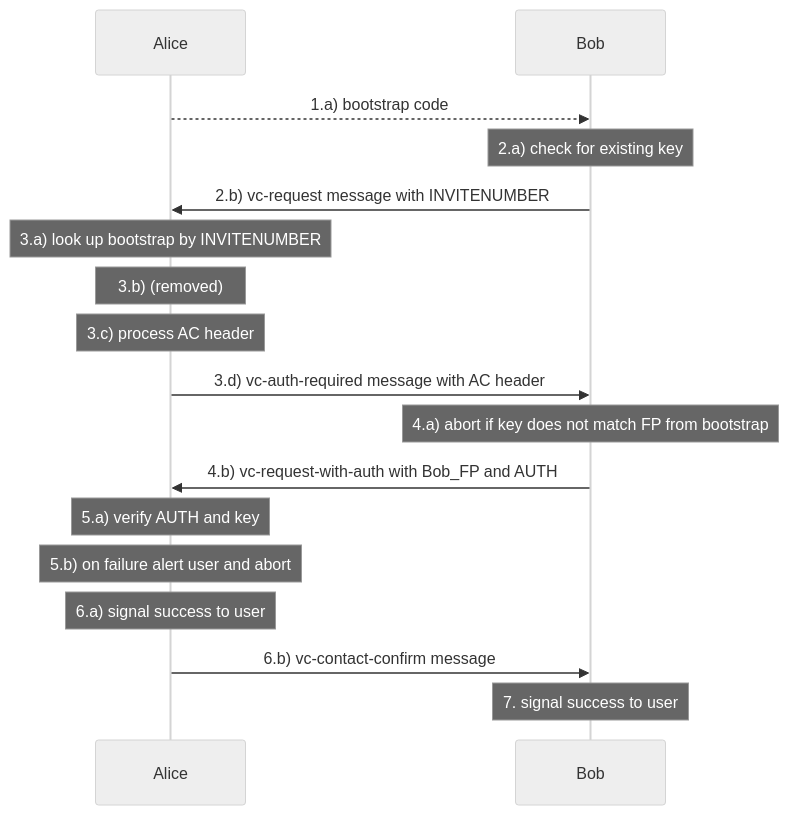
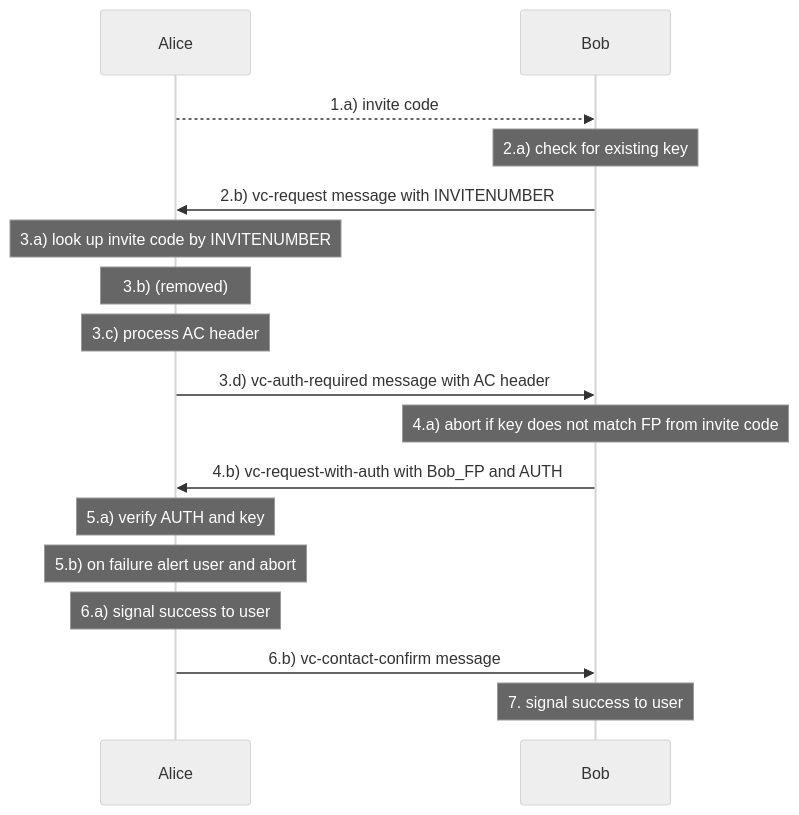
Before and after one commit to deltachat/securejoin: the diagram in source/new.rst, drawn with Mermaid (neutral theme). The commit also changed other lines of this file and 1 other file, not shown here.

Commit message:
- rewrite "attack model and terminology" section - use 'invite code' instead of 'bootstrap' code throughout the doc

```diff
--- a/source/new.rst
+++ b/source/new.rst
@@ -168,21 +168,21 @@
 .. mermaid::
    :alt: Sequence diagram of UI and administrative message flow
    :caption: UI and administrative message flow of contact setup
 
    sequenceDiagram
       participant A as Alice
       participant B as Bob
-      A-->>B: 1.a) bootstrap code
+      A-->>B: 1.a) invite code
       Note over B: 2.a) check for existing key
       B->>A: 2.b) vc-request message with INVITENUMBER
-      Note over A: 3.a) look up bootstrap by INVITENUMBER
+      Note over A: 3.a) look up invite code by INVITENUMBER
       Note over A: 3.b) (removed)
       Note over A: 3.c) process AC header
       A->>B: 3.d) vc-auth-required message with AC header
-      Note over B: 4.a) abort if key does not match FP from bootstrap
+      Note over B: 4.a) abort if key does not match FP from invite code
       B->>A: 4.b) vc-request-with-auth with Bob_FP and AUTH
       Note over A: 5.a) verify AUTH and key
       Note over A: 5.b) on failure alert user and abort
       Note over A: 6.a) signal success to user
       A->>B: 6.b) vc-contact-confirm message
       Note over B: 7. signal success to user
```
